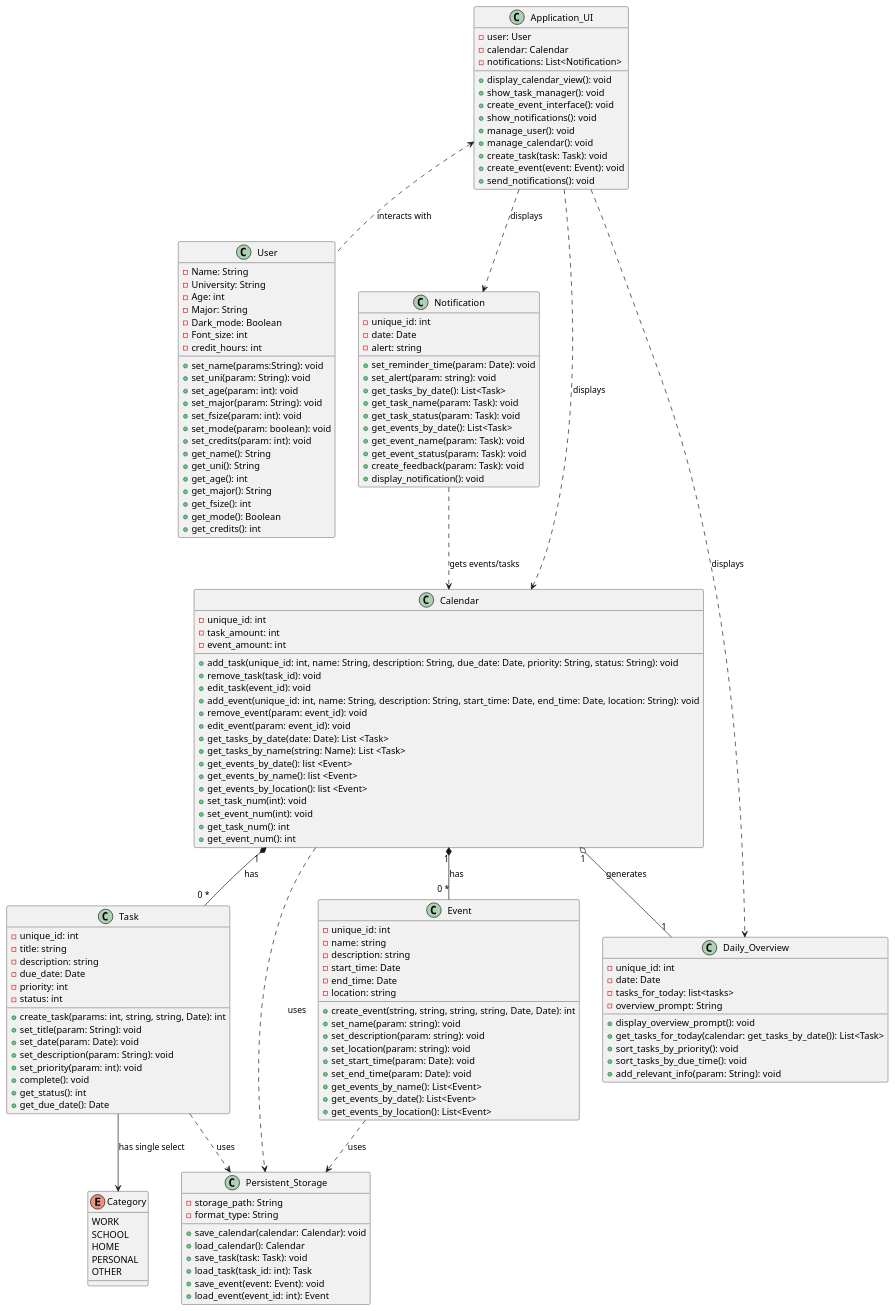
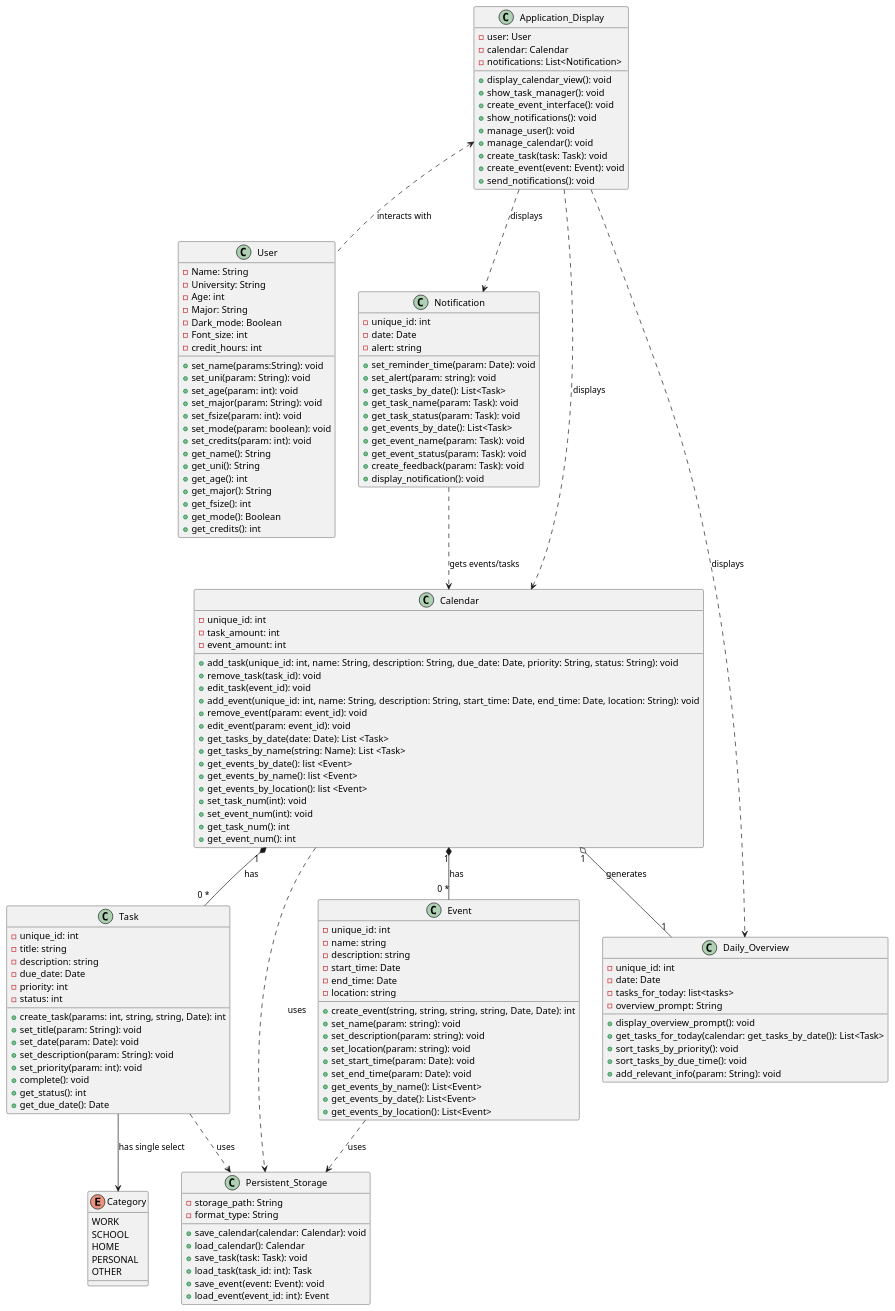
Before and after one commit to CS361-2024Fall-Term/Innovators: the diagram in assignment6/Diagram.puml, drawn with PlantUML. The commit also changed 1 other file, not shown here.

Commit message:
Update app_ui title to app_display

```diff
--- a/assignment6/Diagram.puml
+++ b/assignment6/Diagram.puml
@@ -1,164 +1,164 @@
 @startuml
 
 class User {
   -Name: String
   -University: String
   -Age: int
   -Major: String
   -Dark_mode: Boolean
   -Font_size: int
   -credit_hours: int
   +set_name(params:String): void
   +set_uni(param: String): void
   +set_age(param: int): void
   +set_major(param: String): void
   +set_fsize(param: int): void
   +set_mode(param: boolean): void
   +set_credits(param: int): void
   +get_name(): String
   +get_uni(): String
   +get_age(): int
   +get_major(): String
   +get_fsize(): int
   +get_mode(): Boolean
   +get_credits(): int
 }
 
 class Calendar {
   -unique_id: int  
   -task_amount: int
   -event_amount: int
   +add_task(unique_id: int, name: String, description: String, due_date: Date, priority: String, status: String): void
   +remove_task(task_id): void
   +edit_task(event_id): void
   +add_event(unique_id: int, name: String, description: String, start_time: Date, end_time: Date, location: String): void
   +remove_event(param: event_id): void
   +edit_event(param: event_id): void
   +get_tasks_by_date(date: Date): List <Task>
   +get_tasks_by_name(string: Name): List <Task>
   +get_events_by_date(): list <Event>
   +get_events_by_name(): list <Event>
   +get_events_by_location(): list <Event>
   +set_task_num(int): void
   +set_event_num(int): void
   +get_task_num(): int
   +get_event_num(): int
 }
 
 class Task {
   -unique_id: int
   -title: string
   -description: string
   -due_date: Date
   -priority: int
   -status: int
   +create_task(params: int, string, string, Date): int
   +set_title(param: String): void
   +set_date(param: Date): void
   +set_description(param: String): void
   +set_priority(param: int): void
   +complete(): void
   +get_status(): int
   +get_due_date(): Date
 }
 
 enum Category {
   WORK
   SCHOOL
   HOME
   PERSONAL
   OTHER
 }
 
 class Notification {
   -unique_id: int  
   -date: Date
   -alert: string
   
   +set_reminder_time(param: Date): void
   +set_alert(param: string): void
   +get_tasks_by_date(): List<Task>
   +get_task_name(param: Task): void
   +get_task_status(param: Task): void
   +get_events_by_date(): List<Task>
   +get_event_name(param: Task): void
   +get_event_status(param: Task): void
   +create_feedback(param: Task): void
   +display_notification(): void
 }
 
 class Event {
   -unique_id: int  
   -name: string
   -description: string
   -start_time: Date
   -end_time: Date
   -location: string
   +create_event(string, string, string, string, Date, Date): int
   +set_name(param: string): void
   +set_description(param: string): void
   +set_location(param: string): void
   +set_start_time(param: Date): void
   +set_end_time(param: Date): void
   +get_events_by_name(): List<Event>
   +get_events_by_date(): List<Event>
   +get_events_by_location(): List<Event>
 }
 
 class Daily_Overview {
     -unique_id: int
     -date: Date
     -tasks_for_today: list<tasks>
     -overview_prompt: String
 
     +display_overview_prompt(): void
     +get_tasks_for_today(calendar: get_tasks_by_date()): List<Task>
     +sort_tasks_by_priority(): void
     +sort_tasks_by_due_time(): void
     +add_relevant_info(param: String): void
 }
 
-class Application_UI {
+class Application_Display {
   -user: User
   -calendar: Calendar
   -notifications: List<Notification>
   +display_calendar_view(): void
   +show_task_manager(): void
   +create_event_interface(): void
   +show_notifications(): void
   +manage_user(): void
   +manage_calendar(): void
   +create_task(task: Task): void
   +create_event(event: Event): void
   +send_notifications(): void
 }
 
 class Persistent_Storage {
   -storage_path: String
   -format_type: String
   +save_calendar(calendar: Calendar): void
   +load_calendar(): Calendar
   +save_task(task: Task): void
   +load_task(task_id: int): Task
   +save_event(event: Event): void
   +load_event(event_id: int): Event
 }
 
-Application_UI ..> Calendar : "displays"
-Application_UI ..> Notification : "displays"
-Application_UI ..> Daily_Overview : "displays"
-Application_UI <.. User : "interacts with"
+Application_Display ..> Calendar : "displays"
+Application_Display ..> Notification : "displays"
+Application_Display ..> Daily_Overview : "displays"
+Application_Display <.. User : "interacts with"
 
 Calendar "1" *-- "0 *" Task : "has"
 Calendar "1" *-- "0 *" Event : "has"
 Calendar "1" o-- "1" Daily_Overview : "generates"
 Calendar ..> Persistent_Storage : "uses"
 
 Task --> Category : "has single select"
 Task ..> Persistent_Storage : "uses"
 
 Event ..> Persistent_Storage : "uses"
 
 Notification ..> Calendar : "gets events/tasks"
 
 @enduml
```
